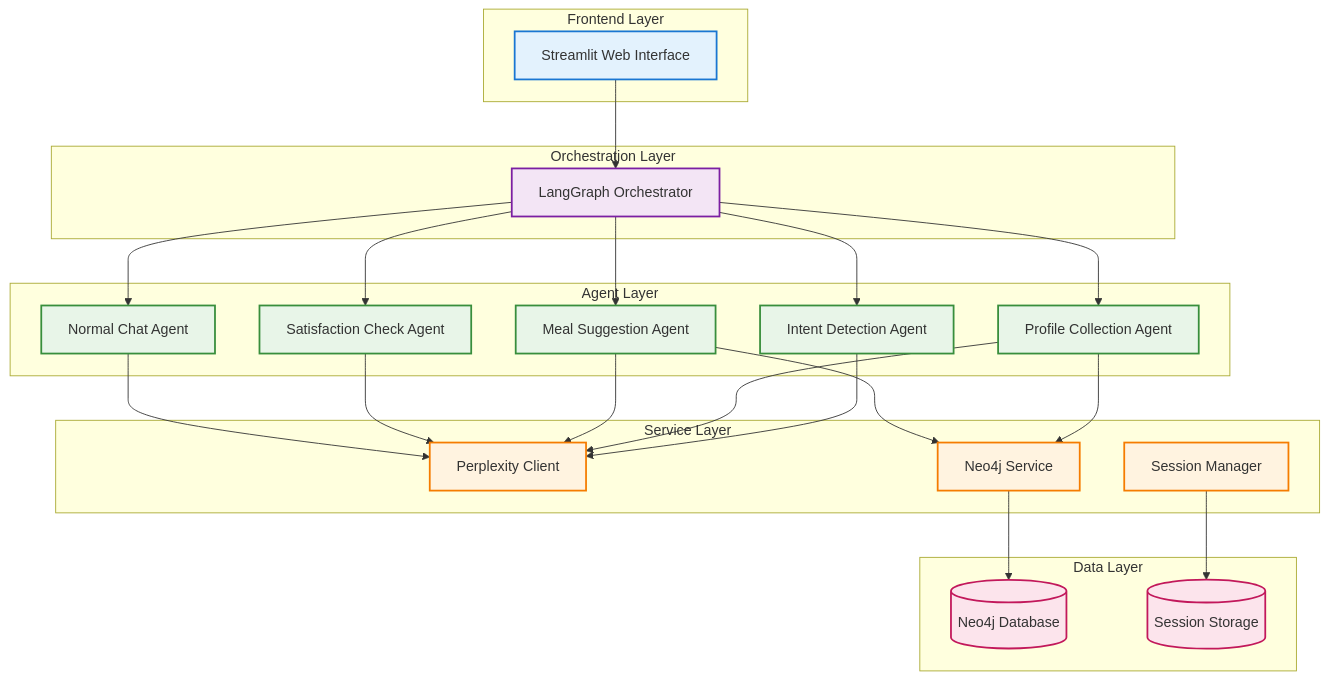
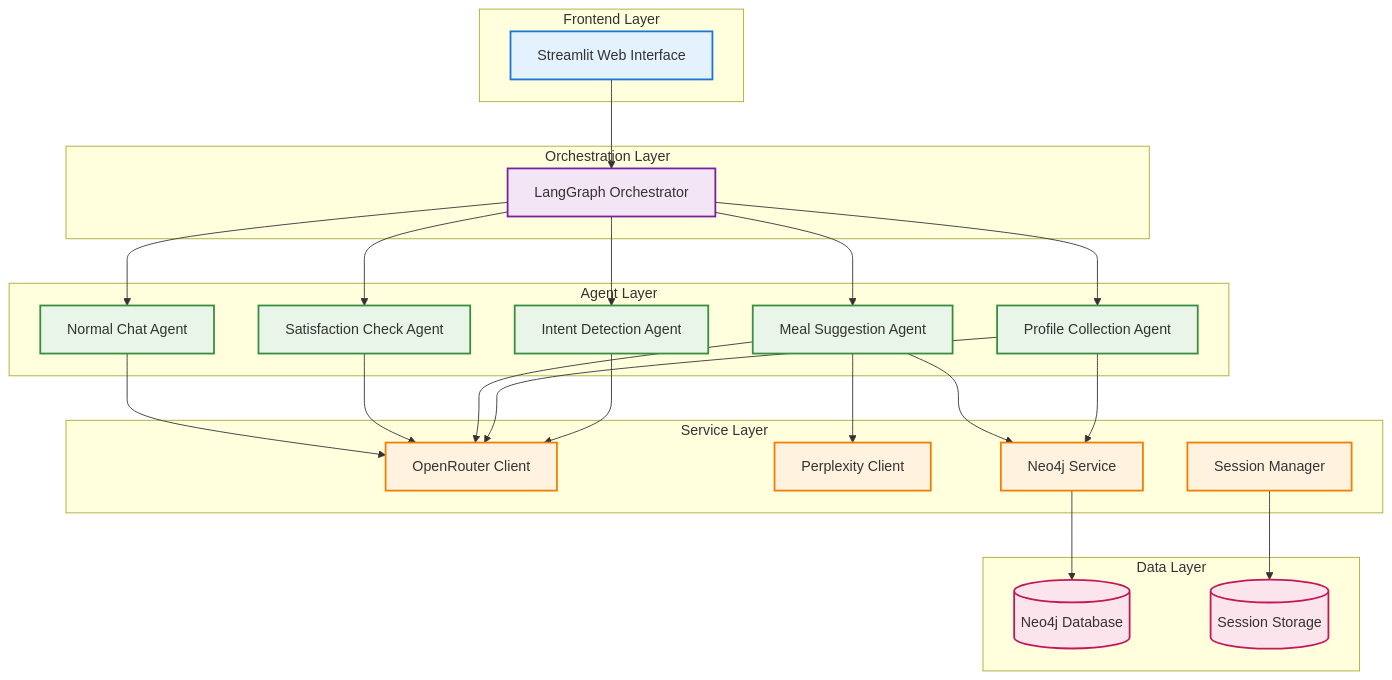
One commit to suganmat/meal_ai_agent changed the second of 2 diagrams in README.md. Above: the diagram before and after it, drawn with Mermaid. The commit also changed other lines of this file, not shown here.

````diff
--- a/README.md
+++ b/README.md
@@ -84,59 +91,61 @@
 ```mermaid
 graph TB
     subgraph "Frontend Layer"
         UI[Streamlit Web Interface]
     end
     
     subgraph "Orchestration Layer"
         LG[LangGraph Orchestrator]
     end
     
     subgraph "Agent Layer"
         IDA[Intent Detection Agent]
         PCA[Profile Collection Agent]
         MSA[Meal Suggestion Agent]
         SCA[Satisfaction Check Agent]
         NCA[Normal Chat Agent]
     end
     
     subgraph "Service Layer"
+        ORC[OpenRouter Client]
         PC[Perplexity Client]
         NS[Neo4j Service]
         SM[Session Manager]
     end
     
     subgraph "Data Layer"
         DB[(Neo4j Database)]
         SESS[(Session Storage)]
     end
     
     UI --> LG
     LG --> IDA
     LG --> PCA
     LG --> MSA
     LG --> SCA
     LG --> NCA
     
-    IDA --> PC
-    PCA --> PC
+    IDA --> ORC
+    PCA --> ORC
     PCA --> NS
+    MSA --> ORC
     MSA --> PC
     MSA --> NS
-    SCA --> PC
-    NCA --> PC
+    SCA --> ORC
+    NCA --> ORC
     
     NS --> DB
     SM --> SESS
     
     classDef frontend fill:#e3f2fd,stroke:#1976d2,stroke-width:2px
     classDef orchestration fill:#f3e5f5,stroke:#7b1fa2,stroke-width:2px
     classDef agent fill:#e8f5e8,stroke:#388e3c,stroke-width:2px
     classDef service fill:#fff3e0,stroke:#f57c00,stroke-width:2px
     classDef data fill:#fce4ec,stroke:#c2185b,stroke-width:2px
     
     class UI frontend
     class LG orchestration
     class IDA,PCA,MSA,SCA,NCA agent
-    class PC,NS,SM service
+    class ORC,PC,NS,SM service
     class DB,SESS data
 ```
````
